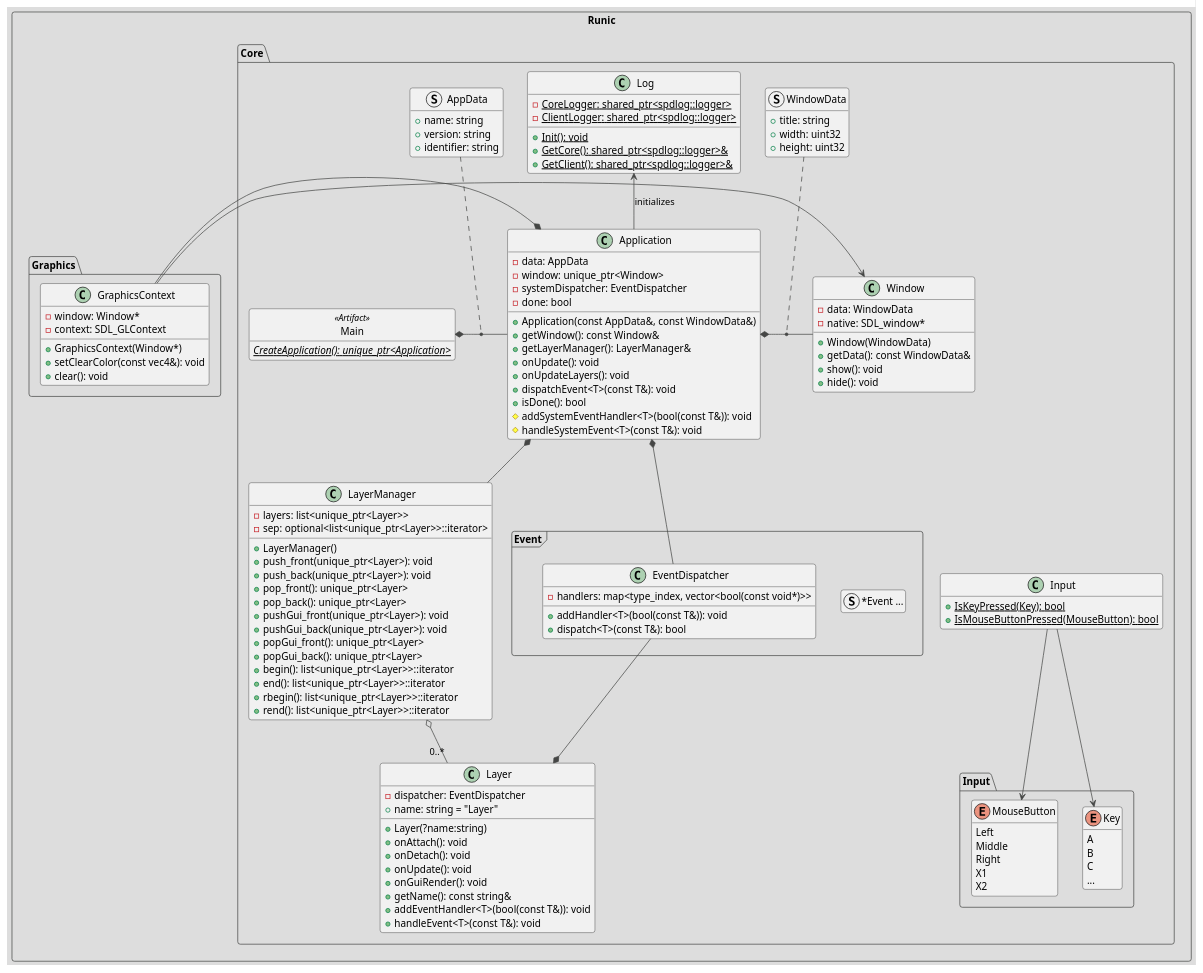
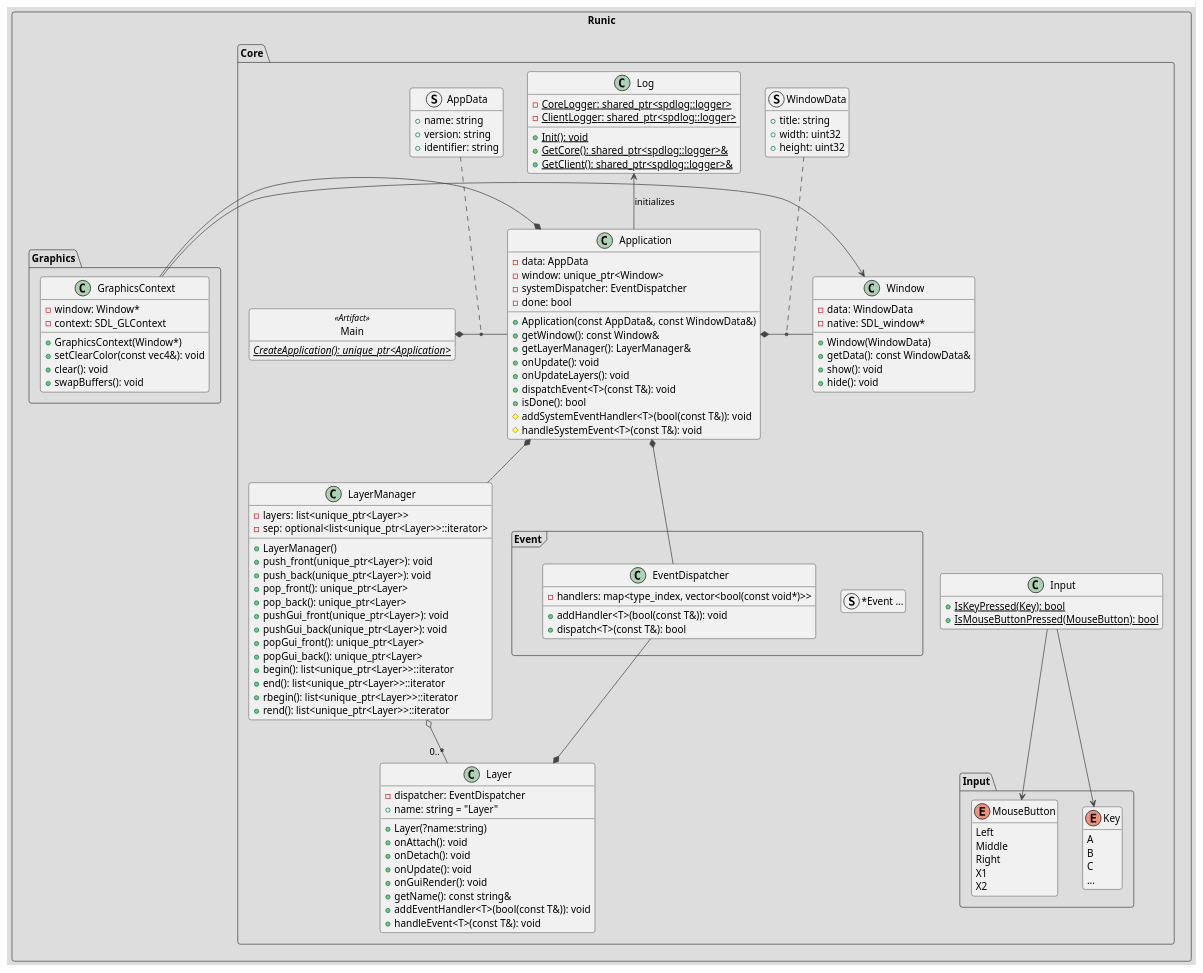
One commit to dedbox/Runic changed the diagram in Runic/doc/classes.plantuml. Above: the diagram before and after it, drawn with PlantUML. The commit also changed 4 other files, not shown here.

First line of the commit message:
add buffer swapping to GraphicsContext

```diff
--- a/Runic/doc/classes.plantuml
+++ b/Runic/doc/classes.plantuml
@@ -1,159 +1,160 @@
 @startuml
 !theme toy
 
 package Runic <<rectangle>> {
   package Core <<folder>> {
     class Main <<Artifact>> {
       {static} {abstract} CreateApplication(): unique_ptr<Application>
     }
 
     hide <<Artifact>> circle
     hide <<Artifact>> fields
 
     struct AppData {
       + name: string
       + version: string
       + identifier: string
     }
 
     class Application {
       - data: AppData
       - window: unique_ptr<Window>
       - systemDispatcher: EventDispatcher
       - done: bool
       + Application(const AppData&, const WindowData&)
       + getWindow(): const Window&
       + getLayerManager(): LayerManager&
       + onUpdate(): void
       + onUpdateLayers(): void
       + dispatchEvent<T>(const T&): void
       + isDone(): bool
       # addSystemEventHandler<T>(bool(const T&)): void
       # handleSystemEvent<T>(const T&): void
     }
 
     Main *- Application
     AppData .. (Main, Application)
 
     struct WindowData {
       + title: string
       + width: uint32
       + height: uint32
     }
 
     class Window {
       - data: WindowData
       - native: SDL_window*
       + Window(WindowData)
       + getData(): const WindowData&
       + show(): void
       + hide(): void
     }
 
     Application *- Window
     WindowData .. (Application, Window)
 
     class Log {
       {static} - CoreLogger: shared_ptr<spdlog::logger>
       {static} - ClientLogger: shared_ptr<spdlog::logger>
       {static} + Init(): void
       {static} + GetCore(): shared_ptr<spdlog::logger>&
       {static} + GetClient(): shared_ptr<spdlog::logger>&
     }
 
      Application -up-> Log : initializes
 
     class Input {
       {static} + IsKeyPressed(Key): bool
       {static} + IsMouseButtonPressed(MouseButton): bool
     }
 
     package Input as InputPkg {
       enum Key {
         A
         B
         C
         ...
       }
 
       enum MouseButton {
         Left
         Middle
         Right
         X1
         X2
       }
     }
 
     Input --> Key
     Input --> MouseButton
 
     package Event <<Frame>> {
       struct "*Event ..." as ConcreteEvent
 
       class EventDispatcher {
         {field} - handlers: map<type_index, vector<bool(const void*)>>
         + addHandler<T>(bool(const T&)): void
         + dispatch<T>(const T&): bool
       }
     }
 
     Application *-- EventDispatcher
 
     class Layer {
       - dispatcher: EventDispatcher
       + name: string = "Layer"
       + Layer(?name:string)
       + onAttach(): void
       + onDetach(): void
       + onUpdate(): void
       + onGuiRender(): void
       + getName(): const string&
       + addEventHandler<T>(bool(const T&)): void
       + handleEvent<T>(const T&): void
     }
 
     Layer *-- EventDispatcher
 
     class LayerManager {
       - layers: list<unique_ptr<Layer>>
       - sep: optional<list<unique_ptr<Layer>>::iterator>
       + LayerManager()
       + push_front(unique_ptr<Layer>): void
       + push_back(unique_ptr<Layer>): void
       + pop_front(): unique_ptr<Layer>
       + pop_back(): unique_ptr<Layer>
       + pushGui_front(unique_ptr<Layer>): void
       + pushGui_back(unique_ptr<Layer>): void
       + popGui_front(): unique_ptr<Layer>
       + popGui_back(): unique_ptr<Layer>
       + begin(): list<unique_ptr<Layer>>::iterator
       + end(): list<unique_ptr<Layer>>::iterator
       + rbegin(): list<unique_ptr<Layer>>::iterator
       + rend(): list<unique_ptr<Layer>>::iterator
     }
 
     LayerManager o-- "0..*" Layer
     Application *-- LayerManager
 
     LayerManager -[hidden]left- Event
     LayerManager -[hidden]right- Input
   }
 
   package Graphics {
     class GraphicsContext {
       - window: Window*
       - context: SDL_GLContext
       + GraphicsContext(Window*)
       + setClearColor(const vec4&): void
       + clear(): void
+      + swapBuffers(): void
     }
 
     Application *- GraphicsContext
     GraphicsContext -> Window
   }
 }
 
 hide empty members
 
 @enduml
```
